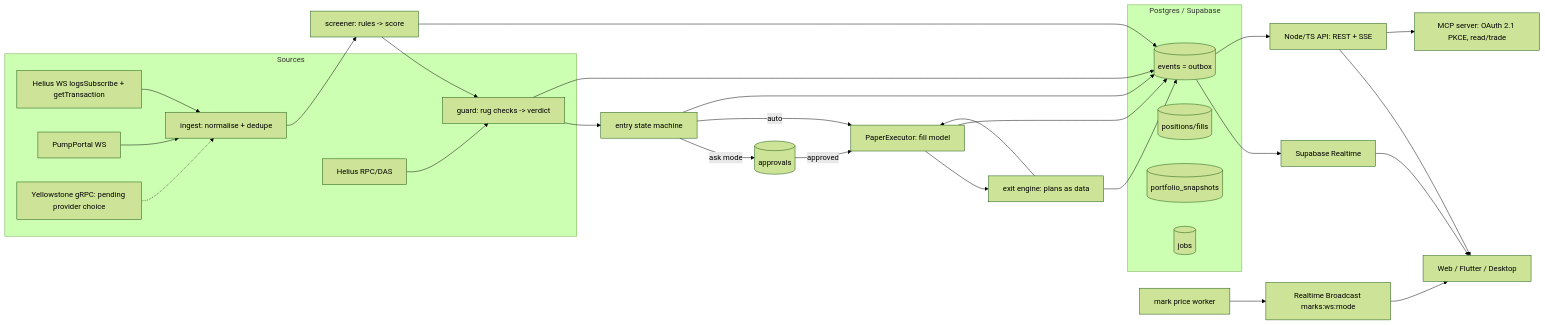
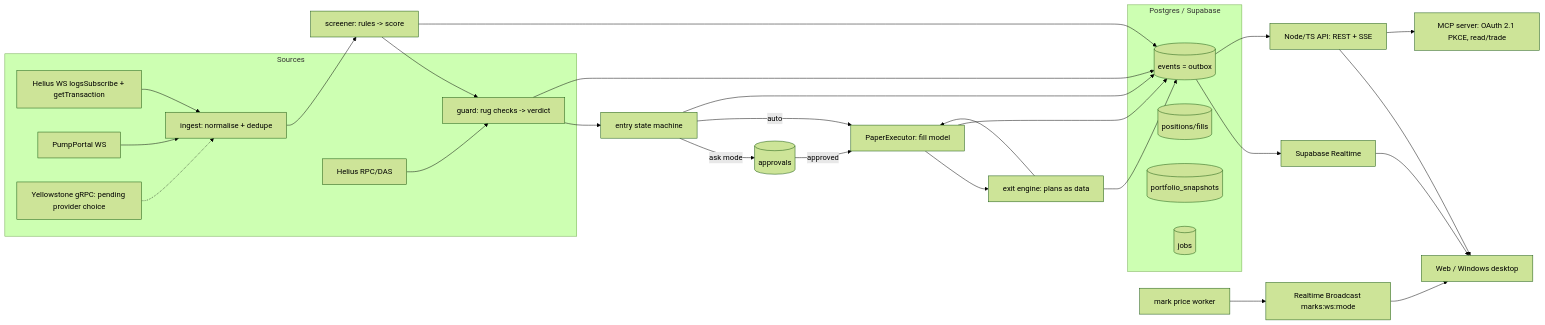
Before and after one commit to gigabucks-hash/Centurion_bot: the diagram in services/backend/docs/TECH_DESIGN.md, drawn with Mermaid (forest theme). The commit also changed other lines of this file and 43 other files, not shown here.

First line of the commit message:
Drop Flutter mobile and macOS desktop targets (#1)

````diff
--- a/services/backend/docs/TECH_DESIGN.md
+++ b/services/backend/docs/TECH_DESIGN.md
@@ -11,25 +11,25 @@
 ```mermaid
 flowchart LR
   subgraph Sources
     HWS[Helius WS logsSubscribe + getTransaction] --> ING
     PP[PumpPortal WS] --> ING
     YS[Yellowstone gRPC: pending provider choice] -.-> ING
     HEL[Helius RPC/DAS] --> GRD
   end
   ING[ingest: normalise + dedupe] --> SCR[screener: rules -> score]
   SCR --> GRD[guard: rug checks -> verdict]
   GRD --> ENT[entry state machine]
   ENT -->|ask mode| APQ[(approvals)]
   APQ -->|approved| EXE
   ENT -->|auto| EXE[PaperExecutor: fill model]
   EXE --> EXIT[exit engine: plans as data]
   EXIT --> EXE
   subgraph Postgres / Supabase
     EV[(events = outbox)]; POS[(positions/fills)]; SNAP[(portfolio_snapshots)]; JOBS[(jobs)]
   end
   SCR & GRD & ENT & EXE & EXIT --> EV
   EV --> RT[Supabase Realtime] --> Clients
-  EV --> SSE[Node/TS API: REST + SSE] --> Clients[Web / Flutter / Desktop]
+  EV --> SSE[Node/TS API: REST + SSE] --> Clients[Web / Windows desktop]
   MARK[mark price worker] --> BC[Realtime Broadcast marks:ws:mode] --> Clients
   SSE --> MCP[MCP server: OAuth 2.1 PKCE, read/trade]
 ```
````
